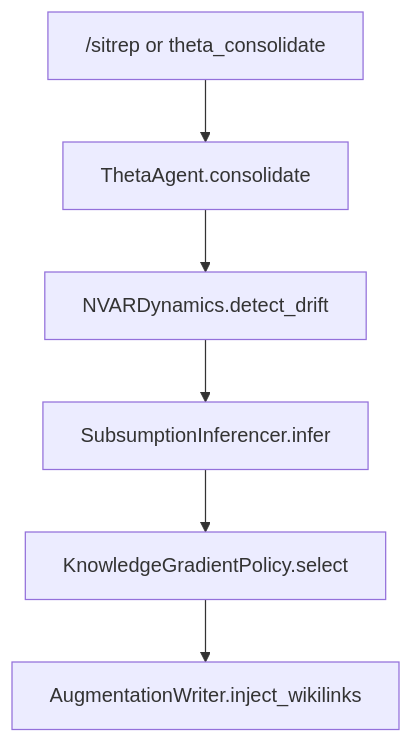
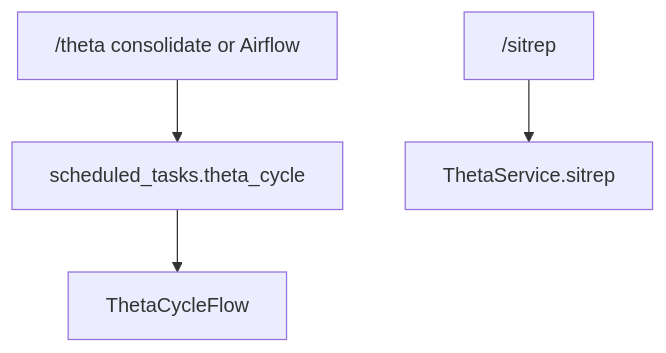
Before and after one commit to zndx/gaius: the sixth of 6 diagrams in src/gaius/README.md, drawn with Mermaid. The commit also changed 12 other files, not shown here.

First line of the commit message:
Make /theta consolidate enqueue ThetaCycleFlow instead of running BERTSubs in the engine.

````diff
--- a/src/gaius/README.md
+++ b/src/gaius/README.md
@@ -104,8 +104,6 @@
 ```mermaid
 flowchart TD
-    A["/sitrep or theta_consolidate"] --> B[ThetaAgent.consolidate]
-    B --> C[NVARDynamics.detect_drift]
-    C --> D[SubsumptionInferencer.infer]
-    D --> E[KnowledgeGradientPolicy.select]
-    E --> F[AugmentationWriter.inject_wikilinks]
+    A["/theta consolidate or Airflow"] --> Q[scheduled_tasks.theta_cycle]
+    Q --> F[ThetaCycleFlow]
+    S["/sitrep"] --> T[ThetaService.sitrep]
 ```
````
